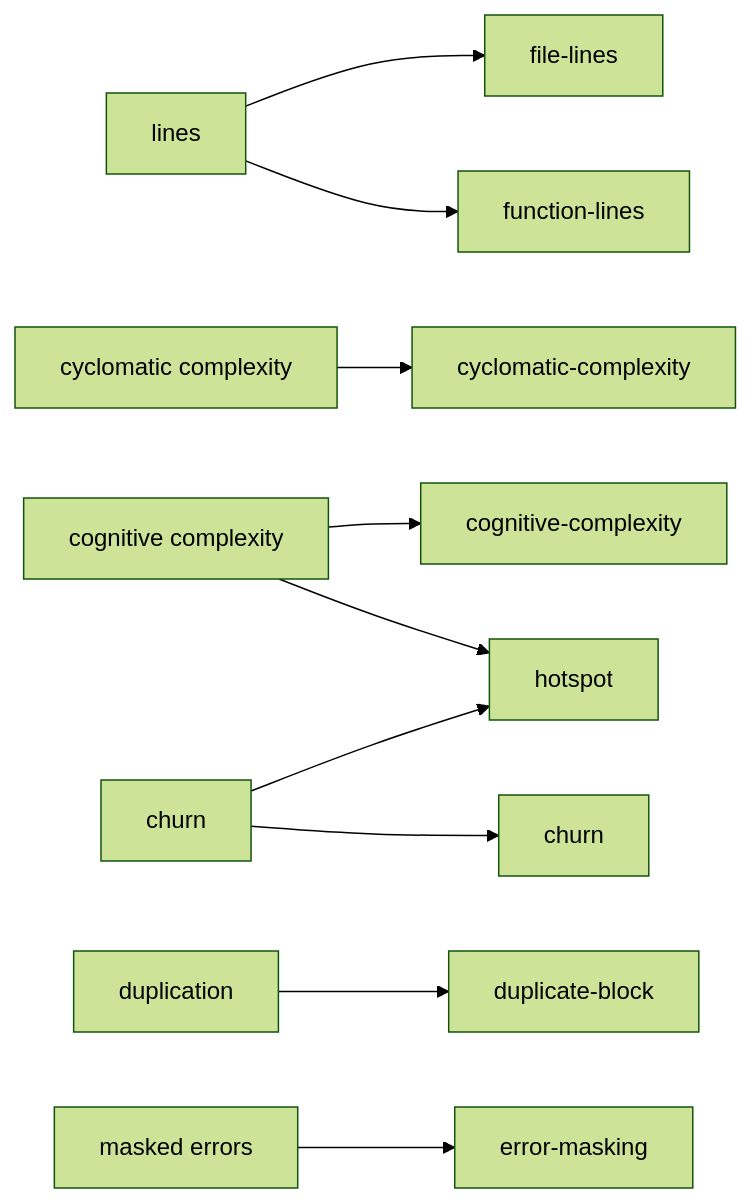
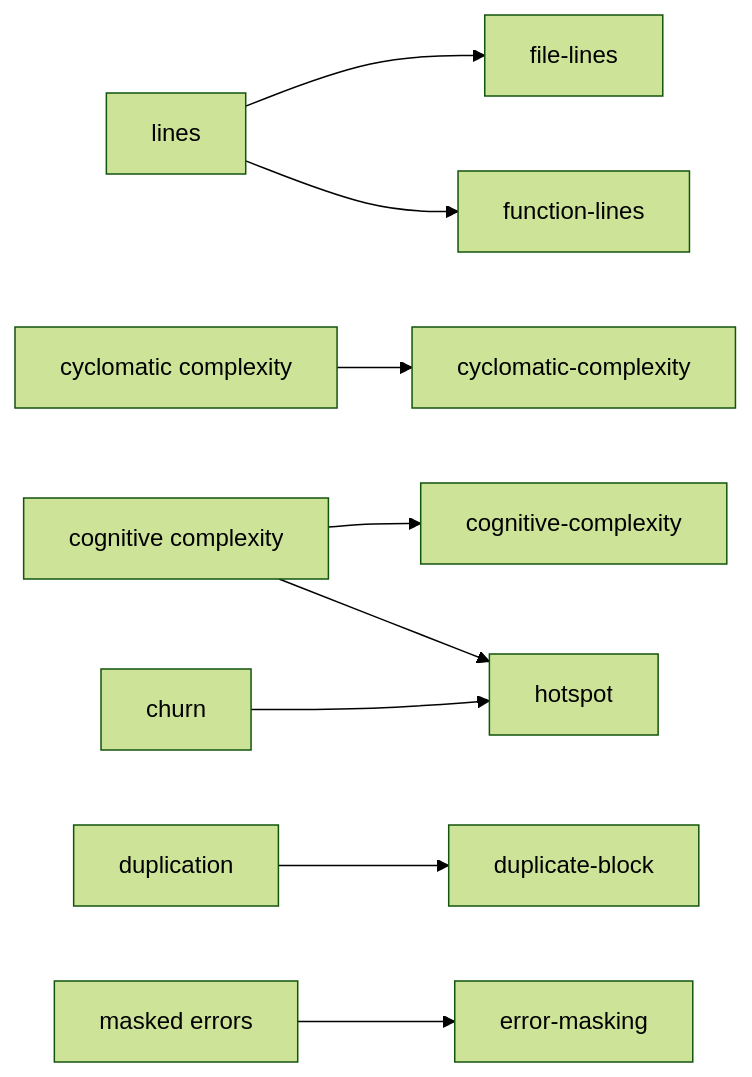
The second of 3 diagrams in docs/concepts.md (morais90/jabuti), drawn with Mermaid (forest theme) before and after one commit. The commit also changed other lines of this file and 44 other files, not shown here.

````diff
--- a/docs/concepts.md
+++ b/docs/concepts.md
@@ -64,12 +64,11 @@
 ```mermaid
 flowchart LR
     lines["lines"] --> fl["file-lines"]
     lines --> fnl["function-lines"]
     cyc["cyclomatic complexity"] --> cc["cyclomatic-complexity"]
     cog["cognitive complexity"] --> cogr["cognitive-complexity"]
     cog --> hs["hotspot"]
     churn["churn"] --> hs
-    churn --> chr["churn"]
     dup["duplication"] --> db["duplicate-block"]
     mask["masked errors"] --> em["error-masking"]
 ```
````
